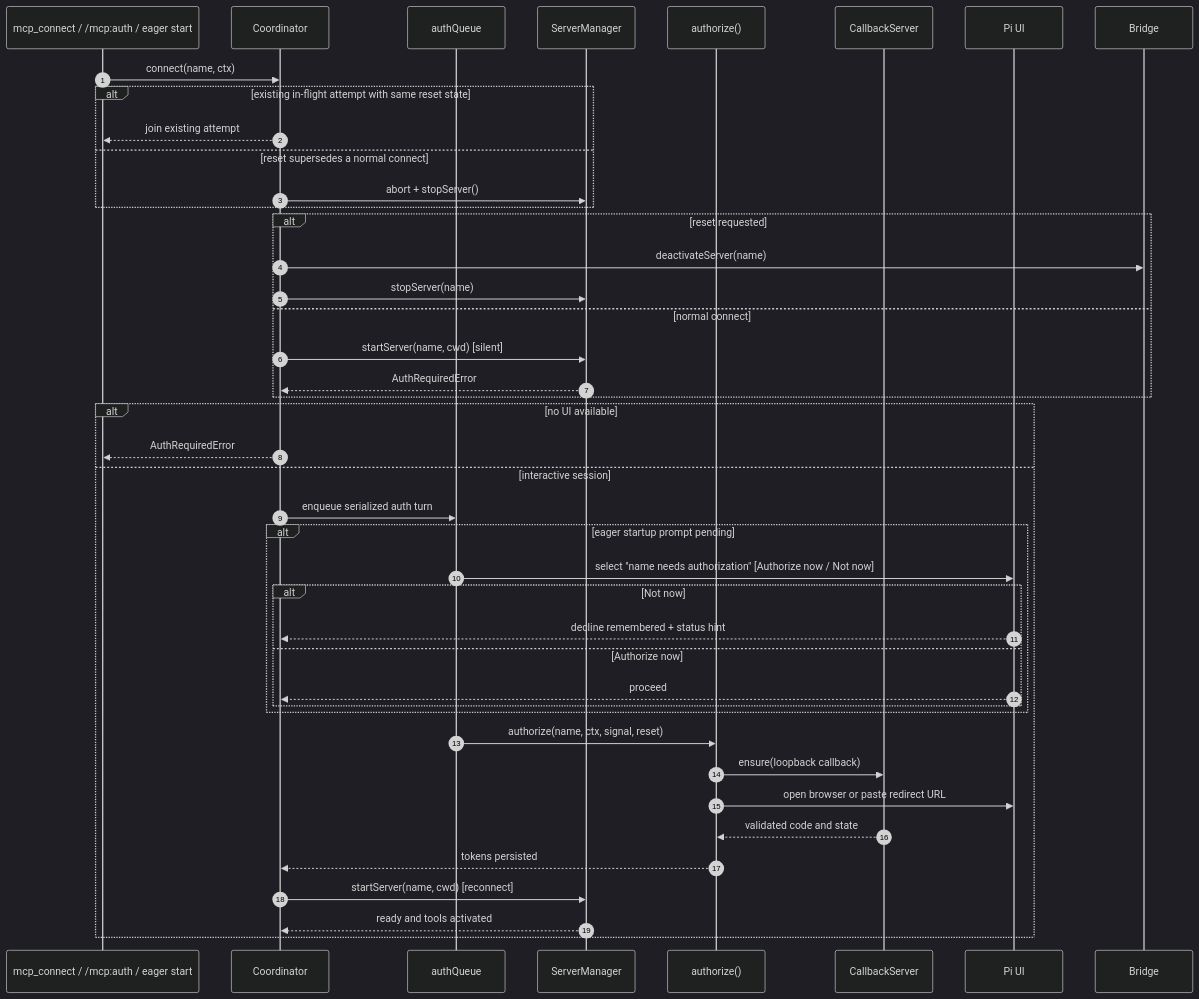
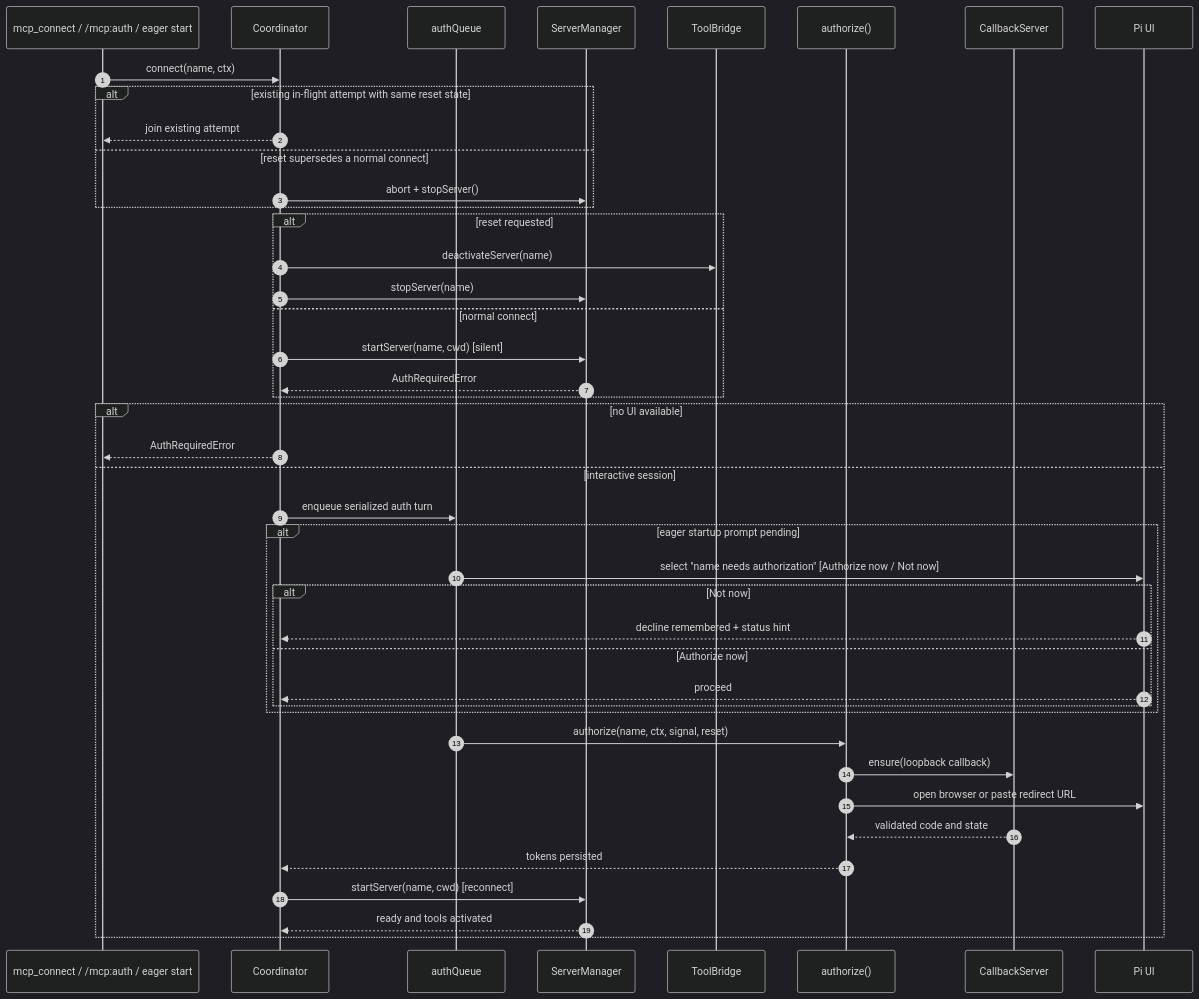
The fourth of 6 diagrams in docs/ARCHITECTURE.md (irahardianto/pi-mcp-extension), drawn with Mermaid (dark theme) before and after one commit. The commit also changed other lines of this file and 1 other file, not shown here.

Commit message:
docs(architecture): align credential-storage and config diagrams with runtime flow

````diff
--- a/docs/ARCHITECTURE.md
+++ b/docs/ARCHITECTURE.md
@@ -213,47 +214,48 @@
 ```mermaid
 sequenceDiagram
     autonumber
     participant Caller as mcp_connect / /mcp:auth / eager start
     participant Coord as Coordinator
     participant Queue as authQueue
     participant Mgr as ServerManager
+    participant Bridge as ToolBridge
     participant Authz as authorize()
     participant CB as CallbackServer
     participant Ui as Pi UI
 
     Caller->>Coord: connect(name, ctx)
     alt existing in-flight attempt with same reset state
         Coord-->>Caller: join existing attempt
     else reset supersedes a normal connect
         Coord->>Mgr: abort + stopServer()
     end
 
     alt reset requested
         Coord->>Bridge: deactivateServer(name)
         Coord->>Mgr: stopServer(name)
     else normal connect
         Coord->>Mgr: startServer(name, cwd)  [silent]
         Mgr-->>Coord: AuthRequiredError
     end
 
     alt no UI available
         Coord-->>Caller: AuthRequiredError
     else interactive session
         Coord->>Queue: enqueue serialized auth turn
         alt eager startup prompt pending
             Queue->>Ui: select "name needs authorization" [Authorize now / Not now]
             alt Not now
                 Ui-->>Coord: decline remembered + status hint
             else Authorize now
                 Ui-->>Coord: proceed
             end
         end
         Queue->>Authz: authorize(name, ctx, signal, reset)
         Authz->>CB: ensure(loopback callback)
         Authz->>Ui: open browser or paste redirect URL
         CB-->>Authz: validated code and state
         Authz-->>Coord: tokens persisted
         Coord->>Mgr: startServer(name, cwd)  [reconnect]
         Mgr-->>Coord: ready and tools activated
     end
 ```
````
